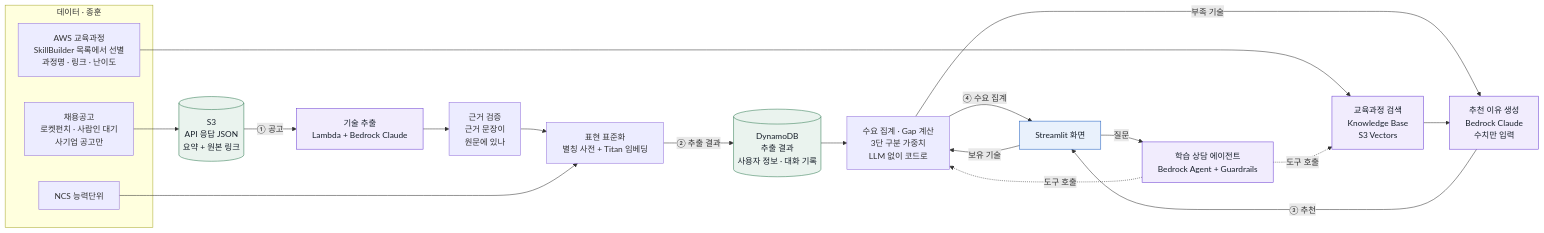
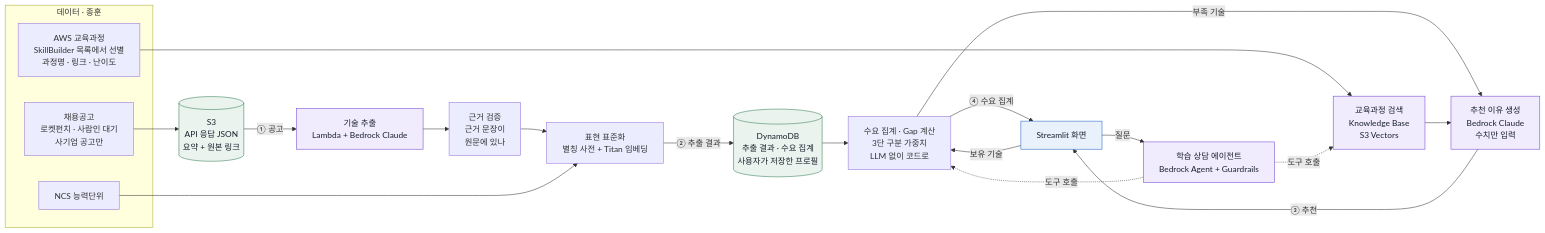
One commit to Sungsim-Metro/skillpath-ai-public changed the second of 2 diagrams in docs/service-flow.md. Above: the diagram before and after it, drawn with Mermaid. The commit also changed other lines of this file and 29 other files, not shown here.

````diff
--- a/docs/service-flow.md
+++ b/docs/service-flow.md
@@ -35,43 +35,43 @@
 ```mermaid
 flowchart LR
     subgraph SRC["데이터 · 종훈"]
         posting["채용공고<br/>로켓펀치 · 사람인 대기<br/>사기업 공고만"]
         ncs["NCS 능력단위"]
         course["AWS 교육과정<br/>SkillBuilder 목록에서 선별<br/>과정명 · 링크 · 난이도"]
     end
 
     s3[("S3<br/>API 응답 JSON<br/>요약 + 원본 링크")]
     extract["기술 추출<br/>Lambda + Bedrock Claude"]
     verify["근거 검증<br/>근거 문장이<br/>원문에 있나"]
     normalize["표현 표준화<br/>별칭 사전 + Titan 임베딩"]
-    ddb[("DynamoDB<br/>추출 결과<br/>사용자 정보 · 대화 기록")]
+    ddb[("DynamoDB<br/>추출 결과 · 수요 집계<br/>사용자가 저장한 프로필")]
     gap["수요 집계 · Gap 계산<br/>3단 구분 가중치<br/>LLM 없이 코드로"]
     search["교육과정 검색<br/>Knowledge Base<br/>S3 Vectors"]
     reason["추천 이유 생성<br/>Bedrock Claude<br/>수치만 입력"]
     agent["학습 상담 에이전트<br/>Bedrock Agent + Guardrails"]
     app["Streamlit 화면"]
 
     posting --> s3
     s3 -- "① 공고" --> extract
     extract --> verify
     verify --> normalize
     ncs --> normalize
     normalize -- "② 추출 결과" --> ddb
     ddb --> gap
     gap -- "④ 수요 집계" --> app
     app -- "보유 기술" --> gap
     gap -- "부족 기술" --> reason
     course --> search
     search --> reason
     reason -- "③ 추천" --> app
     app -- "질문" --> agent
     agent -. "도구 호출" .-> gap
     agent -. "도구 호출" .-> search
 
     classDef ai fill:#f1ecfd,stroke:#6b3fd4,color:#18202b
     classDef store fill:#eaf3ee,stroke:#2f7a52,color:#18202b
     classDef ui fill:#e9f1fc,stroke:#1f5fbf,color:#18202b
     class extract,search,reason,agent ai
     class s3,ddb store
     class app ui
 ```
````
